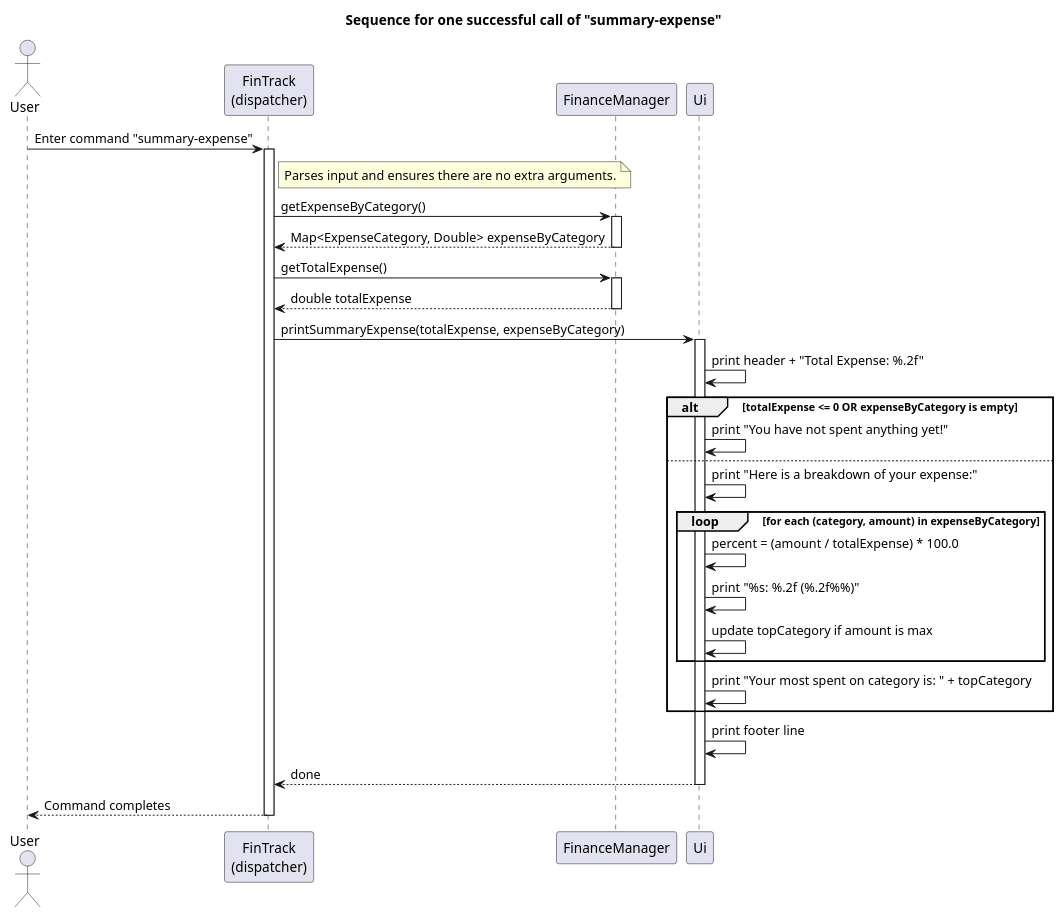
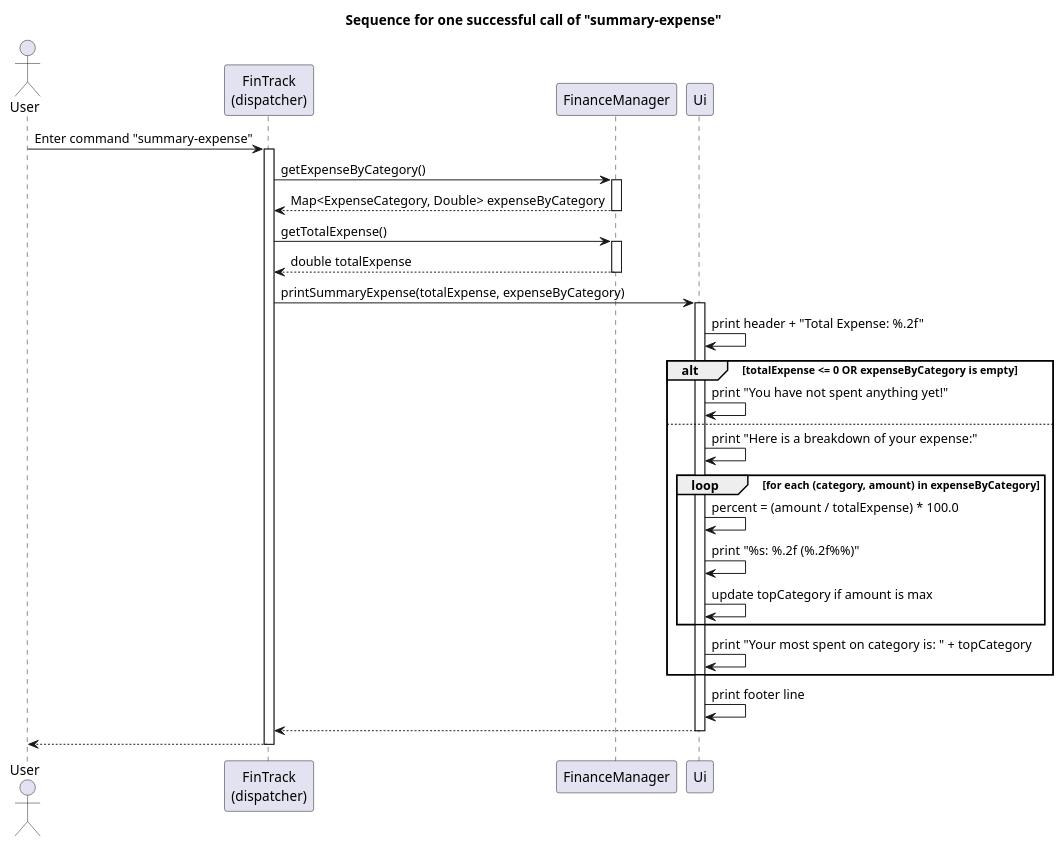
One commit to AY2526S1-CS2113-W12-4/tp changed the diagram in docs/diagrams/summary_expense.puml. Above: the diagram before and after it, drawn with PlantUML. The commit also changed 6 other files, not shown here.

Commit message:
Update DG with more approriate diagrams

```diff
--- a/docs/diagrams/summary_expense.puml
+++ b/docs/diagrams/summary_expense.puml
@@ -1,48 +1,44 @@
 @startuml
 title Sequence for one successful call of "summary-expense"
 
 actor User
 participant "FinTrack\n(dispatcher)" as FinTrack
 participant "FinanceManager" as FM
 participant "Ui" as Ui
 
 User -> FinTrack: Enter command "summary-expense"
 activate FinTrack
-
-note right of FinTrack
-Parses input and ensures there are no extra arguments.
-end note
 
 FinTrack -> FM: getExpenseByCategory()
 activate FM
 FM --> FinTrack: Map<ExpenseCategory, Double> expenseByCategory
 deactivate FM
 
 FinTrack -> FM: getTotalExpense()
 activate FM
 FM --> FinTrack: double totalExpense
 deactivate FM
 
 FinTrack -> Ui: printSummaryExpense(totalExpense, expenseByCategory)
 activate Ui
 Ui -> Ui: print header + "Total Expense: %.2f"
 
 alt totalExpense <= 0 OR expenseByCategory is empty
   Ui -> Ui: print "You have not spent anything yet!"
 else
   Ui -> Ui: print "Here is a breakdown of your expense:"
   loop for each (category, amount) in expenseByCategory
     Ui -> Ui: percent = (amount / totalExpense) * 100.0
     Ui -> Ui: print "%s: %.2f (%.2f%%)"
     Ui -> Ui: update topCategory if amount is max
   end
   Ui -> Ui: print "Your most spent on category is: " + topCategory
 end
 Ui -> Ui: print footer line
-Ui --> FinTrack: done
+Ui --> FinTrack
 deactivate Ui
 
-FinTrack --> User: Command completes
+FinTrack --> User
 deactivate FinTrack
 
 @enduml
```
